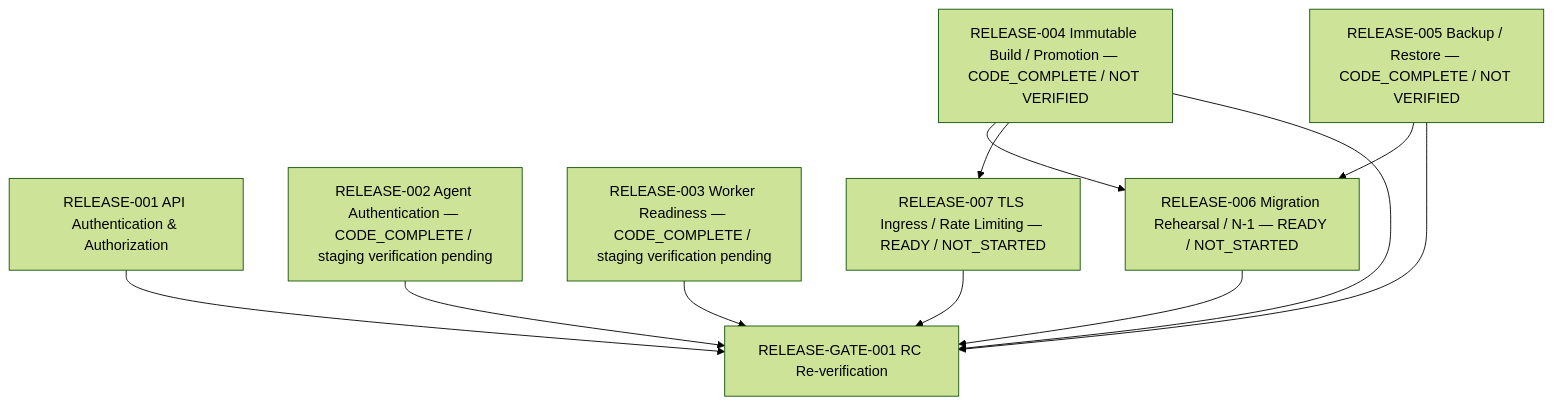
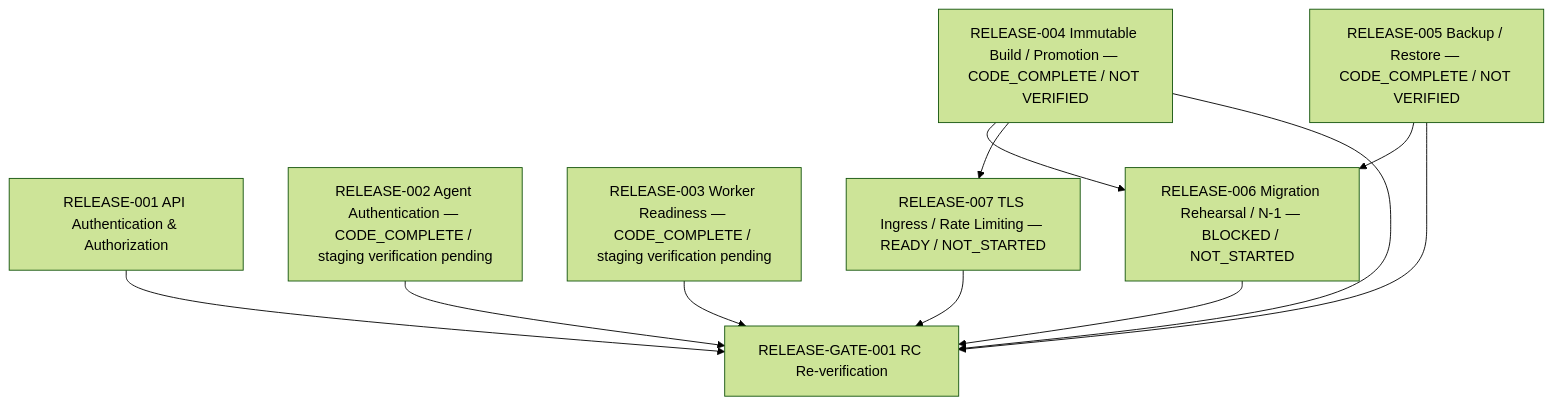
Before and after one commit to duclee9x/itcenter: the diagram in docs/release/RELEASE_DEPENDENCY_GRAPH.md, drawn with Mermaid (forest theme). The commit also changed other lines of this file and 7 other files, not shown here.

Commit message:
Define RELEASE-006 migration compatibility gap

````diff
--- a/docs/release/RELEASE_DEPENDENCY_GRAPH.md
+++ b/docs/release/RELEASE_DEPENDENCY_GRAPH.md
@@ -6,23 +6,23 @@
 ```mermaid
 flowchart TD
   R001[RELEASE-001 API Authentication & Authorization]
   R002[RELEASE-002 Agent Authentication — CODE_COMPLETE / staging verification pending]
   R003[RELEASE-003 Worker Readiness — CODE_COMPLETE / staging verification pending]
   R004[RELEASE-004 Immutable Build / Promotion — CODE_COMPLETE / NOT VERIFIED]
   R005[RELEASE-005 Backup / Restore — CODE_COMPLETE / NOT VERIFIED]
-  R006[RELEASE-006 Migration Rehearsal / N-1 — READY / NOT_STARTED]
+  R006[RELEASE-006 Migration Rehearsal / N-1 — BLOCKED / NOT_STARTED]
   R007[RELEASE-007 TLS Ingress / Rate Limiting — READY / NOT_STARTED]
   G001[RELEASE-GATE-001 RC Re-verification]
 
   R004 --> R006
   R005 --> R006
   R004 --> R007
 
   R001 --> G001
   R002 --> G001
   R003 --> G001
   R004 --> G001
   R005 --> G001
   R006 --> G001
   R007 --> G001
 ```
````
